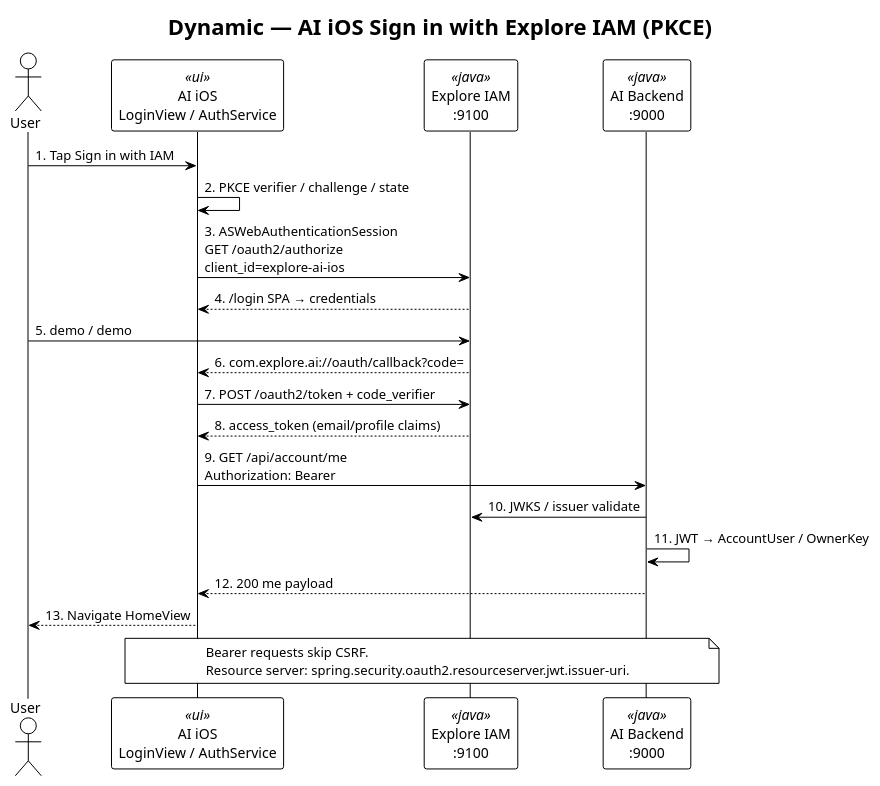
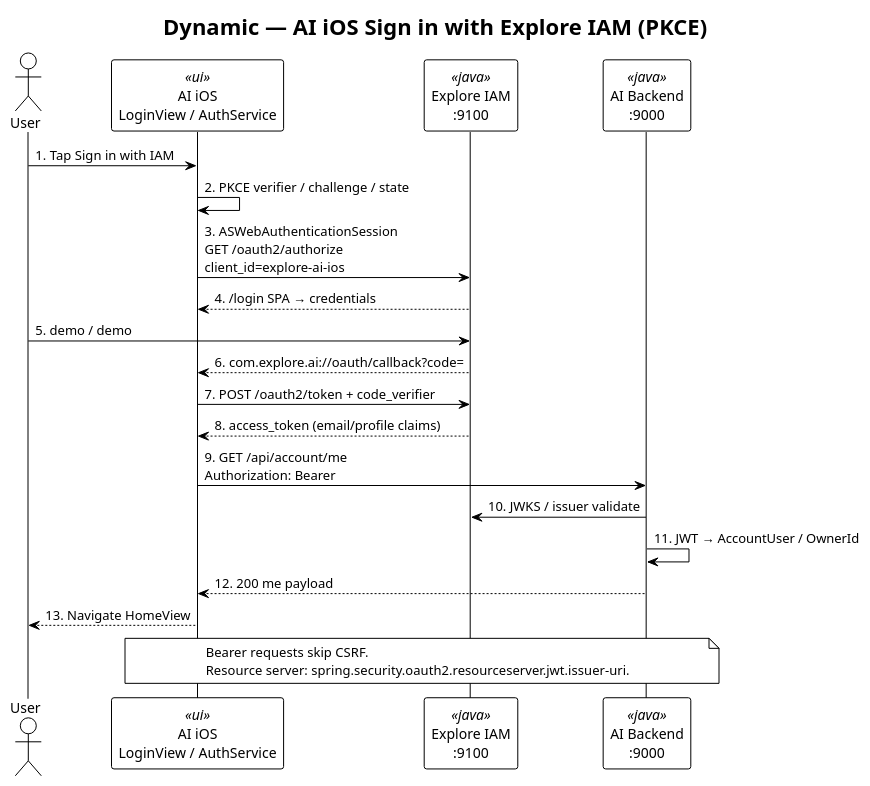
The diagram in ai/docs/developer/c4-model/C4-Dynamic-IamNativeSignIn.puml (felixzhu97/explore-workspace), drawn with PlantUML before and after one commit. The commit also changed 3421 other files, not shown here.

```diff
--- a/ai/docs/developer/c4-model/C4-Dynamic-IamNativeSignIn.puml
+++ b/ai/docs/developer/c4-model/C4-Dynamic-IamNativeSignIn.puml
@@ -1,32 +1,32 @@
 @startuml C4-Dynamic-IamNativeSignIn
 !theme plain
 skinparam backgroundColor #FFFFFF
 skinparam shadowing false
 
 title Dynamic — AI iOS Sign in with Explore IAM (PKCE)
 
 actor "User" as user
 participant "AI iOS\nLoginView / AuthService" as ios <<ui>>
 participant "Explore IAM\n:9100" as iam <<java>>
 participant "AI Backend\n:9000" as api <<java>>
 
 user -> ios: 1. Tap Sign in with IAM
 ios -> ios: 2. PKCE verifier / challenge / state
 ios -> iam: 3. ASWebAuthenticationSession\nGET /oauth2/authorize\nclient_id=explore-ai-ios
 iam --> ios: 4. /login SPA → credentials
 user -> iam: 5. demo / demo
 iam --> ios: 6. com.explore.ai://oauth/callback?code=
 ios -> iam: 7. POST /oauth2/token + code_verifier
 iam --> ios: 8. access_token (email/profile claims)
 ios -> api: 9. GET /api/account/me\nAuthorization: Bearer
 api -> iam: 10. JWKS / issuer validate
-api -> api: 11. JWT → AccountUser / OwnerKey
+api -> api: 11. JWT → AccountUser / OwnerId
 api --> ios: 12. 200 me payload
 ios --> user: 13. Navigate HomeView
 
 note over ios, api
   Bearer requests skip CSRF.
   Resource server: spring.security.oauth2.resourceserver.jwt.issuer-uri.
 end note
 
 @enduml
```
